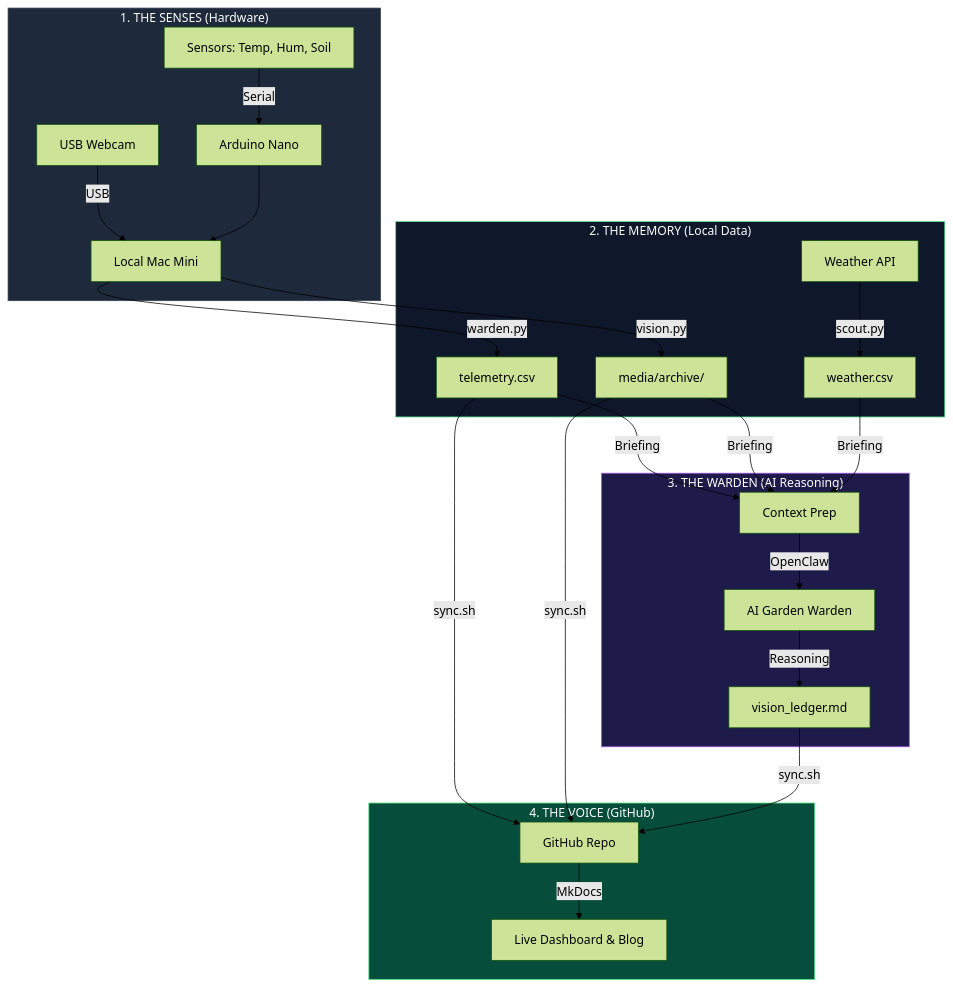
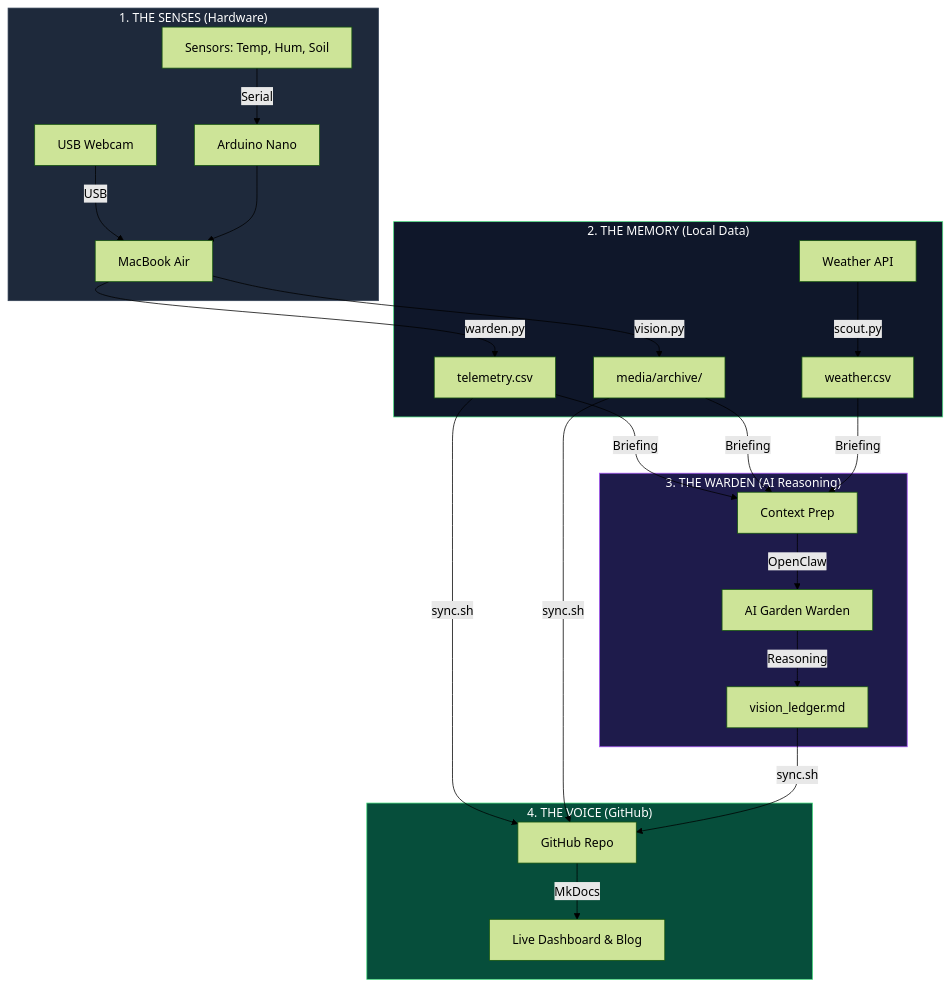
One commit to surendranb/gardenbot changed the diagram in src/docs/architecture.md. Above: the diagram before and after it, drawn with Mermaid (forest theme). The commit also changed other lines of this file and 3 other files, not shown here.

````diff
--- a/src/docs/architecture.md
+++ b/src/docs/architecture.md
@@ -20,35 +20,35 @@
 ```mermaid
 graph TD
     %% Layer 1: Physical
     subgraph Physical["1. THE SENSES (Hardware)"]
         S[Sensors: Temp, Hum, Soil] -->|Serial| AR[Arduino Nano]
-        CAM[USB Webcam] -->|USB| MAC[Local Mac Mini]
-        AR --> MAC
+        CAM[USB Webcam] -->|USB| MBA[MacBook Air]
+        AR --> MBA
     end
 
     %% Layer 2: Local Processing
     subgraph Local["2. THE MEMORY (Local Data)"]
-        MAC -->|warden.py| CSV[telemetry.csv]
-        MAC -->|vision.py| IMG[media/archive/]
+        MBA -->|warden.py| CSV[telemetry.csv]
+        MBA -->|vision.py| IMG[media/archive/]
         API[Weather API] -->|scout.py| WTH[weather.csv]
     end
 
     %% Layer 3: Intelligence
     subgraph Intel["3. THE WARDEN (AI Reasoning)"]
         CSV & IMG & WTH -->|Briefing| PREP[Context Prep]
         PREP -->|OpenClaw| AI[AI Garden Warden]
         AI -->|Reasoning| LDG[vision_ledger.md]
     end
 
     %% Layer 4: Public
     subgraph Public["4. THE VOICE (GitHub)"]
         CSV & IMG & LDG -->|sync.sh| GH[GitHub Repo]
         GH -->|MkDocs| WEB[Live Dashboard & Blog]
     end
 
     %% Styling
     style Physical fill:#1e293b,stroke:#334155,color:#fff
     style Local fill:#0f172a,stroke:#4ade80,color:#fff
     style Intel fill:#1e1b4b,stroke:#a855f7,color:#fff
     style Public fill:#064e3b,stroke:#4ade80,color:#fff
 ```
````
